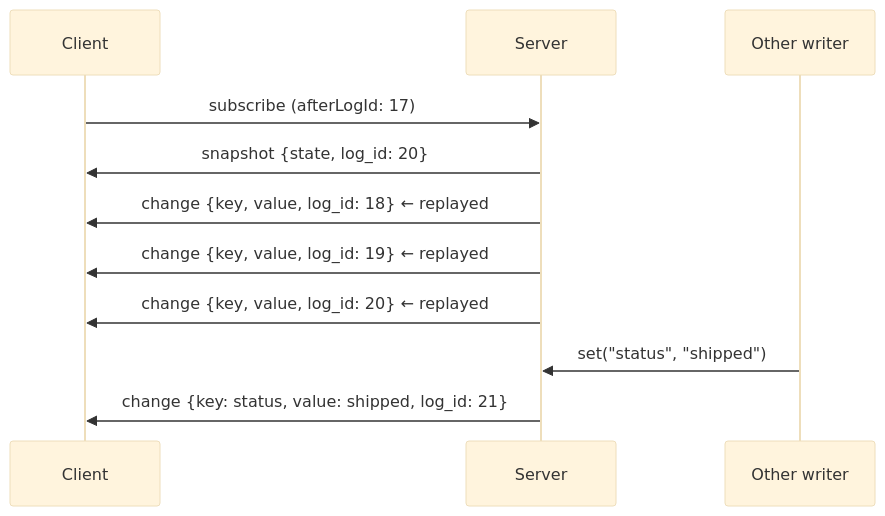
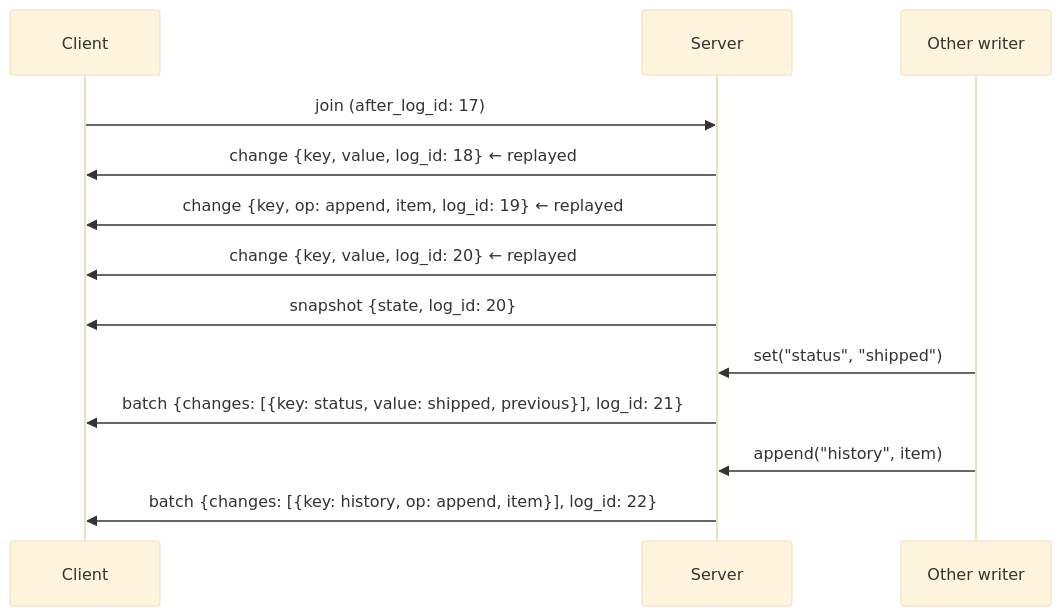
Before and after one commit to sahilpohare/pingerchips-docs: the third of 4 diagrams in docs/durable-objects/reference/concepts.md, drawn with Mermaid (base theme). The commit also changed other lines of this file and 12 other files, not shown here.

````diff
--- a/docs/durable-objects/reference/concepts.md
+++ b/docs/durable-objects/reference/concepts.md
@@ -87,15 +90,17 @@
 ```mermaid
 sequenceDiagram
     participant C as Client
     participant Server
     participant Other as Other writer
 
-    C->>Server: subscribe (afterLogId: 17)
+    C->>Server: join (after_log_id: 17)
+    Server->>C: change {key, value, log_id: 18} ← replayed
+    Server->>C: change {key, op: append, item, log_id: 19} ← replayed
+    Server->>C: change {key, value, log_id: 20} ← replayed
     Server->>C: snapshot {state, log_id: 20}
-    Server->>C: change {key, value, log_id: 18} ← replayed
-    Server->>C: change {key, value, log_id: 19} ← replayed
-    Server->>C: change {key, value, log_id: 20} ← replayed
 
     Other->>Server: set("status", "shipped")
-    Server->>C: change {key: status, value: shipped, log_id: 21}
+    Server->>C: batch {changes: [{key: status, value: shipped, previous}], log_id: 21}
+    Other->>Server: append("history", item)
+    Server->>C: batch {changes: [{key: history, op: append, item}], log_id: 22}
 ```
````
